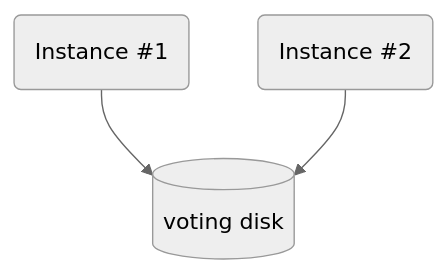
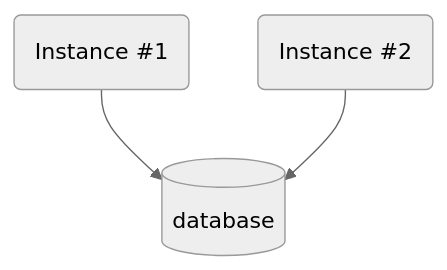
Before and after one commit to oracleyu01/rac_class: the first of 2 diagrams in RAC 핵심14. RAC 환경에서 인스턴스 시작과 정지2.md, drawn with Mermaid (neutral theme). The commit also changed other lines of this file, not shown here.

````diff
--- a/RAC 핵심14. RAC 환경에서 인스턴스 시작과 정지2.md
+++ b/RAC 핵심14. RAC 환경에서 인스턴스 시작과 정지2.md
@@ -14,7 +14,7 @@
  ```mermaid
 graph TB
     instance1(Instance #1)
     instance2(Instance #2)
-    instance1 --> db[(voting disk)]
+    instance1 --> db[(database)]
     instance2 --> db
 ```
````
